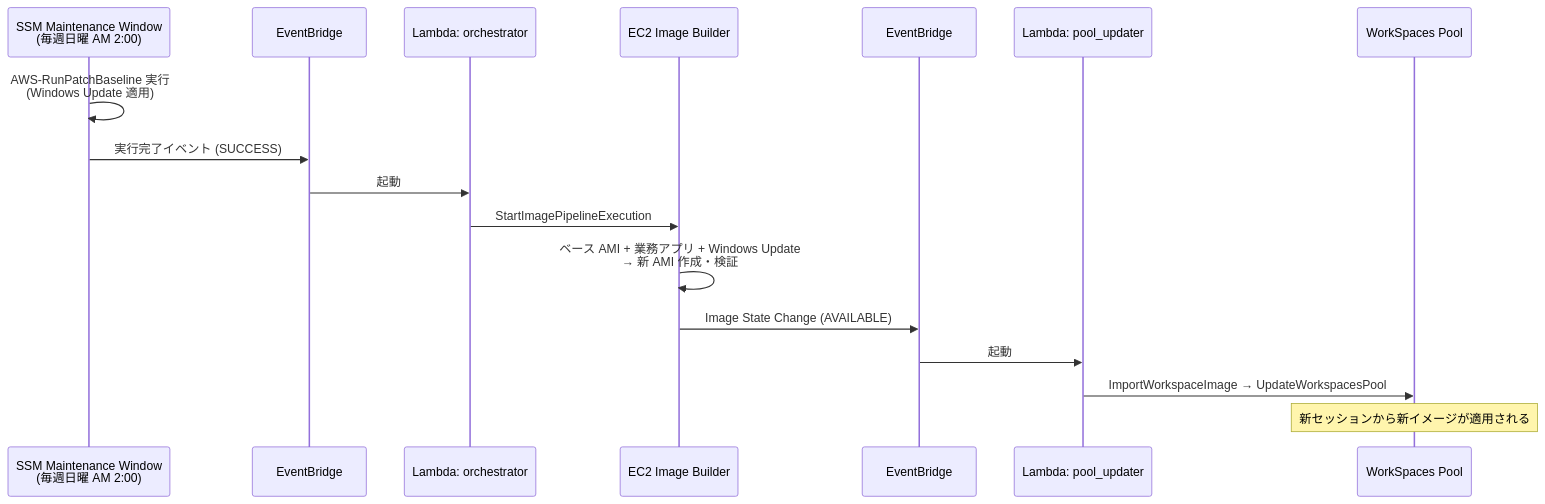
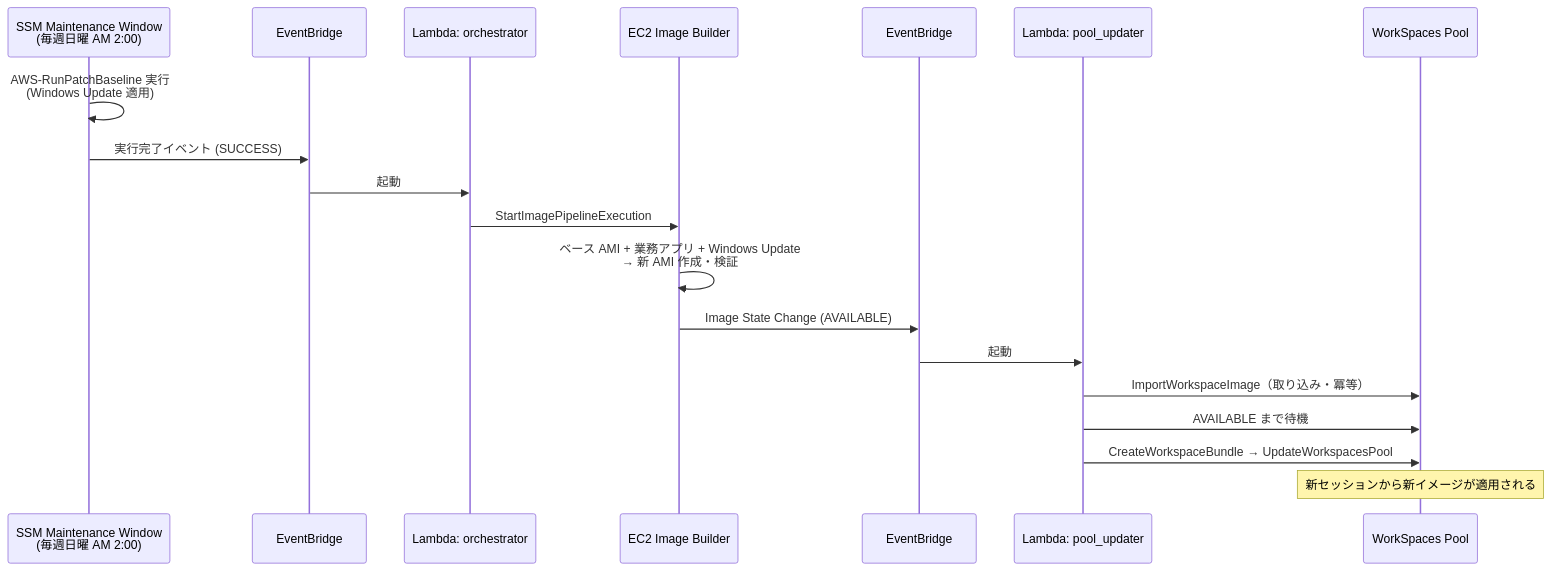
The third of 4 diagrams in docs/architecture.md (tkc/terraform-vdi), drawn with Mermaid before and after one commit. The commit also changed other lines of this file and 10 other files, not shown here.

````diff
--- a/docs/architecture.md
+++ b/docs/architecture.md
@@ -81,20 +81,22 @@
 ```mermaid
 sequenceDiagram
     participant MW as SSM Maintenance Window<br/>(毎週日曜 AM 2:00)
     participant EB1 as EventBridge
     participant L1 as Lambda: orchestrator
     participant IB as EC2 Image Builder
     participant EB2 as EventBridge
     participant L2 as Lambda: pool_updater
     participant WS as WorkSpaces Pool
 
     MW->>MW: AWS-RunPatchBaseline 実行<br/>(Windows Update 適用)
     MW->>EB1: 実行完了イベント (SUCCESS)
     EB1->>L1: 起動
     L1->>IB: StartImagePipelineExecution
     IB->>IB: ベース AMI + 業務アプリ + Windows Update<br/>→ 新 AMI 作成・検証
     IB->>EB2: Image State Change (AVAILABLE)
     EB2->>L2: 起動
-    L2->>WS: ImportWorkspaceImage → UpdateWorkspacesPool
+    L2->>WS: ImportWorkspaceImage（取り込み・冪等）
+    L2->>WS: AVAILABLE まで待機
+    L2->>WS: CreateWorkspaceBundle → UpdateWorkspacesPool
     Note over WS: 新セッションから新イメージが適用される
 ```
````
